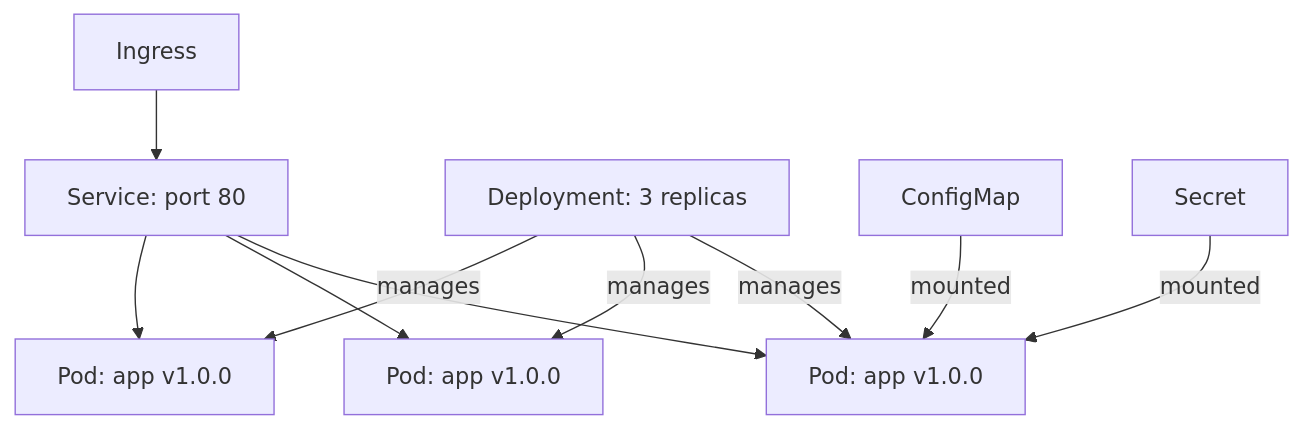
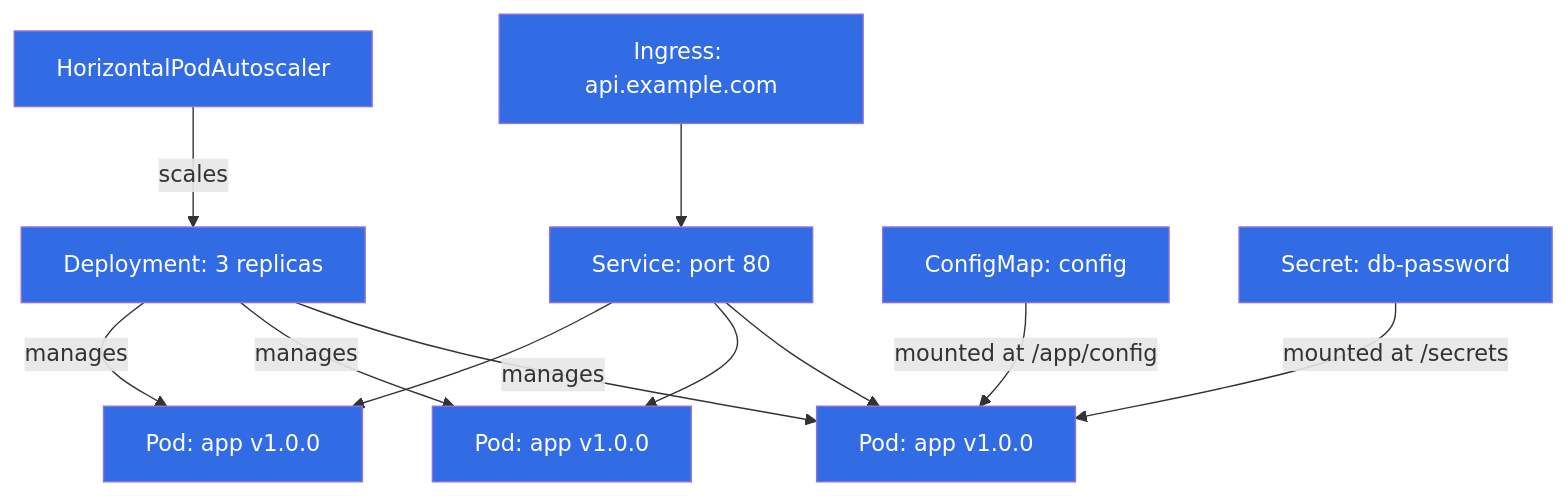
Before and after one commit to Raushan666java/ai-engineering-journey: the fifth of 6 diagrams in docs/courses/software-engineering/12-devops-cicd.md, drawn with Mermaid. The commit also changed other lines of this file and 15 other files, not shown here.

Commit message:
deploy: software-engineering overhaul - 16 chapters expanded to avg 1284L (+7649L), richer Mermaid, more TS, deeper content

````diff
--- a/docs/courses/software-engineering/12-devops-cicd.md
+++ b/docs/courses/software-engineering/12-devops-cicd.md
@@ -175,14 +209,18 @@
 ```mermaid
 graph TD
-    ING[Ingress] --> SVC[Service: port 80]
+    ING[Ingress: api.example.com] --> SVC[Service: port 80]
     SVC --> POD1[Pod: app v1.0.0]
     SVC --> POD2[Pod: app v1.0.0]
     SVC --> POD3[Pod: app v1.0.0]
     
     DEP[Deployment: 3 replicas] -->|manages| POD1
     DEP -->|manages| POD2
     DEP -->|manages| POD3
     
-    CM[ConfigMap] -->|mounted| POD1
-    SEC[Secret] -->|mounted| POD1
+    CM[ConfigMap: config] -->|mounted at /app/config| POD1
+    SEC[Secret: db-password] -->|mounted at /secrets| POD1
+    HPA[HorizontalPodAutoscaler] -->|scales| DEP
+    
+    classDef k8s fill:#326ce5,color:#fff
+    class ING,SVC,POD1,POD2,POD3,DEP,CM,SEC,HPA k8s
 ```
````
